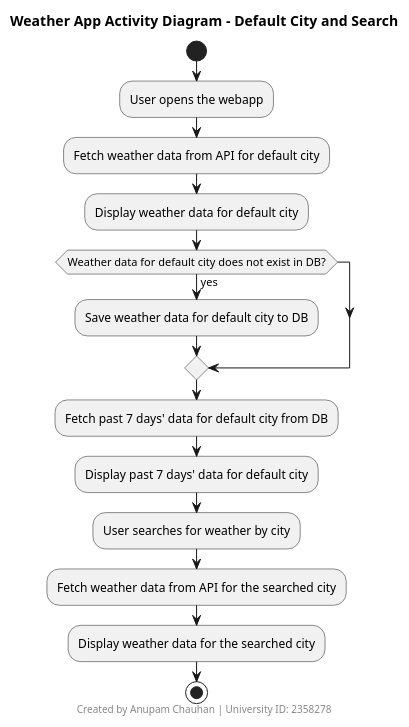
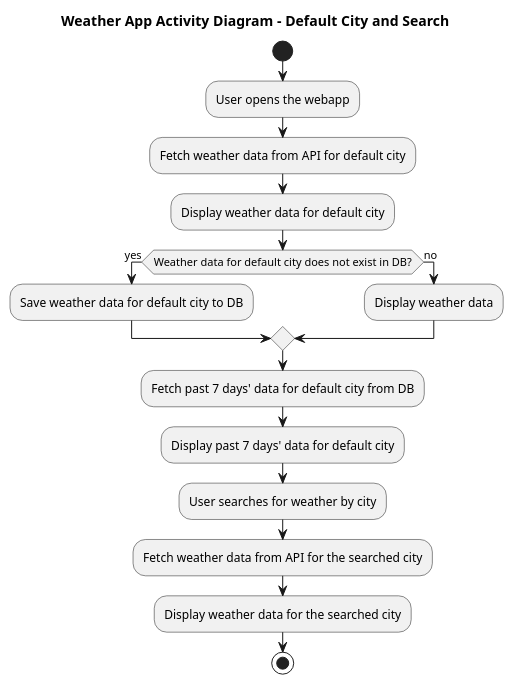
Before and after one commit to luckyklyist/WeatherAPP-ISA-SEM-2: the diagram in uml/activity_diagram.puml, drawn with PlantUML. The commit also changed 4 other files, not shown here.

```diff
--- a/uml/activity_diagram.puml
+++ b/uml/activity_diagram.puml
@@ -1,24 +1,25 @@
 @startuml
 title Weather App Activity Diagram - Default City and Search
-footer Created by Anupam Chauhan | University ID: 2358278
 
 start
 
 :User opens the webapp;
 :Fetch weather data from API for default city;
 :Display weather data for default city;
 
 if (Weather data for default city does not exist in DB?) then (yes)
     :Save weather data for default city to DB;
+else (no)
+    :Display weather data;
 endif
 
 :Fetch past 7 days' data for default city from DB;
 :Display past 7 days' data for default city;
 
 :User searches for weather by city;
 :Fetch weather data from API for the searched city;
 :Display weather data for the searched city;
 
 stop
 
 @enduml
```
